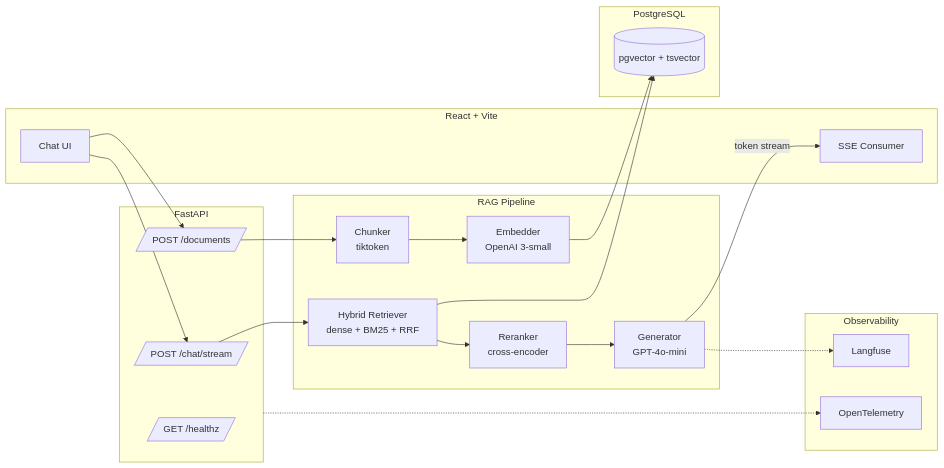
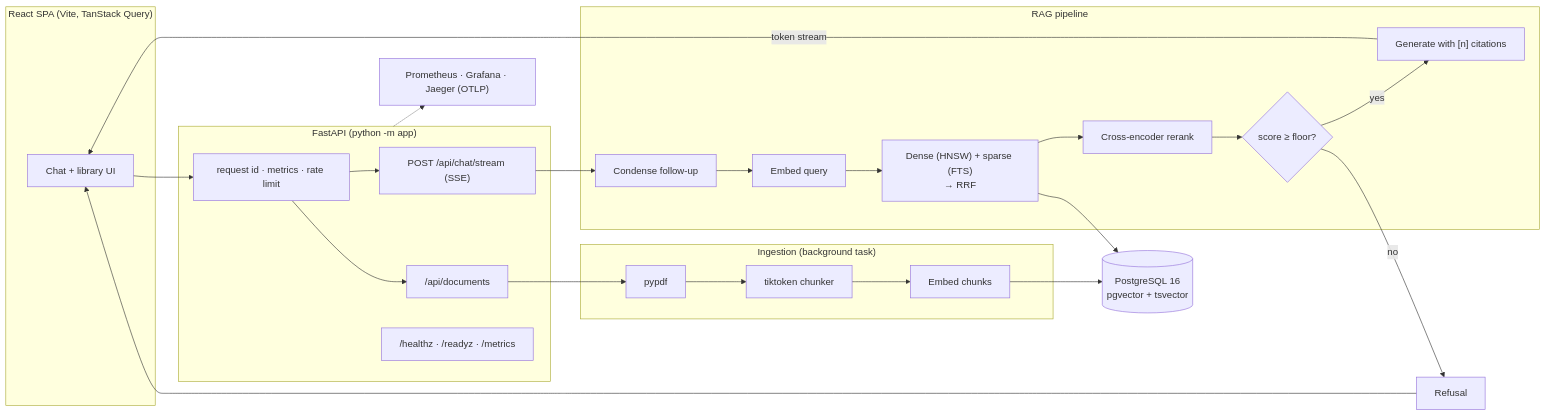
One commit to TahaUsama210/Scholaria changed the diagram in README.md. Above: the diagram before and after it, drawn with Mermaid. The commit also changed other lines of this file and 4 other files, not shown here.

First line of the commit message:
docs: rewrite README and architecture notes with measured results

````diff
--- a/README.md
+++ b/README.md
@@ -30,40 +93,37 @@
 ```mermaid
 flowchart LR
-    subgraph Client["React + Vite"]
-        UI[Chat UI]
-        SSE[SSE Consumer]
+    subgraph SPA["React SPA (Vite, TanStack Query)"]
+        UI[Chat + library UI]
     end
 
-    subgraph API["FastAPI"]
-        Chat[/POST /chat/stream/]
-        Ingest[/POST /documents/]
-        Health[/GET /healthz/]
+    subgraph API["FastAPI (python -m app)"]
+        MW[request id · metrics · rate limit]
+        Chat["POST /api/chat/stream (SSE)"]
+        Docs["/api/documents"]
+        Probes["/healthz · /readyz · /metrics"]
     end
 
-    subgraph Pipeline["RAG Pipeline"]
-        Chunk[Chunker<br/>tiktoken]
-        Embed[Embedder<br/>OpenAI 3-small]
-        Hybrid[Hybrid Retriever<br/>dense + BM25 + RRF]
-        Rerank[Reranker<br/>cross-encoder]
-        Gen[Generator<br/>GPT-4o-mini]
+    subgraph RAG["RAG pipeline"]
+        Cond[Condense follow-up]
+        Emb[Embed query]
+        Ret["Dense (HNSW) + sparse (FTS)<br/>→ RRF"]
+        Rer[Cross-encoder rerank]
+        Gate{score ≥ floor?}
+        Gen["Generate with [n] citations"]
     end
 
-    subgraph Storage["PostgreSQL"]
-        PG[(pgvector + tsvector)]
+    subgraph Ingest["Ingestion (background task)"]
+        Parse[pypdf] --> Chunk[tiktoken chunker] --> EmbD[Embed chunks]
     end
 
-    subgraph Obs["Observability"]
-        LF[Langfuse]
-        OT[OpenTelemetry]
-    end
+    PG[("PostgreSQL 16<br/>pgvector + tsvector")]
+    Obs["Prometheus · Grafana · Jaeger (OTLP)"]
 
-    UI --> Chat
-    UI --> Ingest
-    Chat --> Hybrid
-    Ingest --> Chunk --> Embed --> PG
-    Hybrid --> PG
-    Hybrid --> Rerank --> Gen
-    Gen -- token stream --> SSE
-    Gen -.-> LF
-    API -.-> OT
+    UI --> MW --> Chat --> Cond --> Emb --> Ret --> Rer --> Gate
+    Gate -- yes --> Gen -- token stream --> UI
+    Gate -- no --> Refuse[Refusal] --> UI
+    MW --> Docs --> Parse
+    EmbD --> PG
+    Ret --> PG
+    API -.-> Obs
 ```
````
